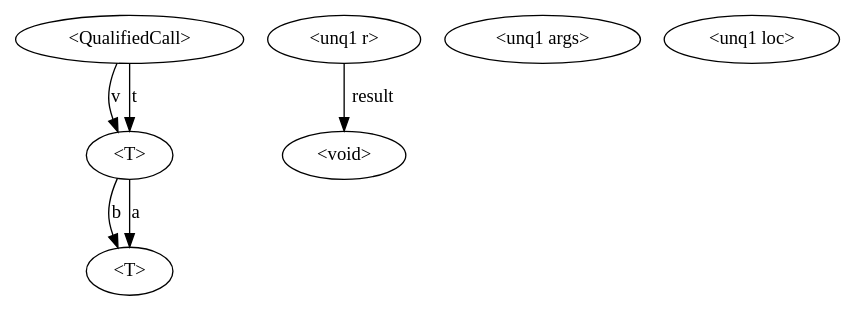
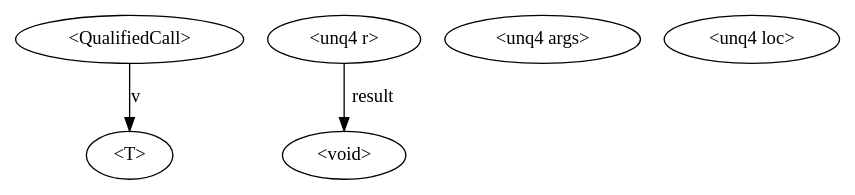
The diagram in AliasingImpl/source/test.dot (varivera/aliasing-java), drawn with Graphviz before and after one commit. The commit also changed 5 other files, not shown here.

```diff
--- a/AliasingImpl/source/test.dot
+++ b/AliasingImpl/source/test.dot
@@ -1,14 +1,10 @@
 digraph G {
-n10->n17 [label="b"]
-n10->n17 [label="a"]
-n0->n10 [label="v"]
-n0->n10 [label="t"]
+n0->n5 [label="v"]
 n0[label="<QualifiedCall>"]
-n17[label="<T>"]
-n10[label="<T>"]
+n5[label="<T>"]
 n3->n4 [label="result"]
-n3[label="<unq1 r>"]
+n3[label="<unq4 r>"]
 n4[label="<void>"]
-n1[label="<unq1 args>"]
-n2[label="<unq1 loc>"]
+n1[label="<unq4 args>"]
+n2[label="<unq4 loc>"]
 }
```
